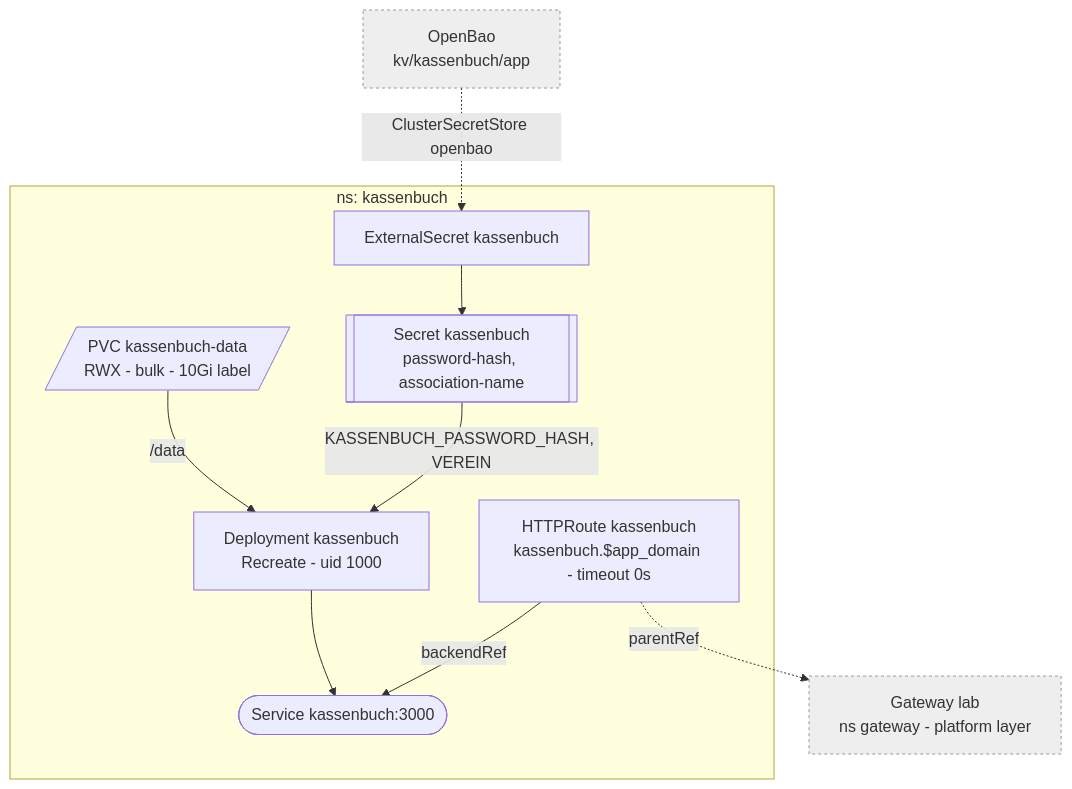
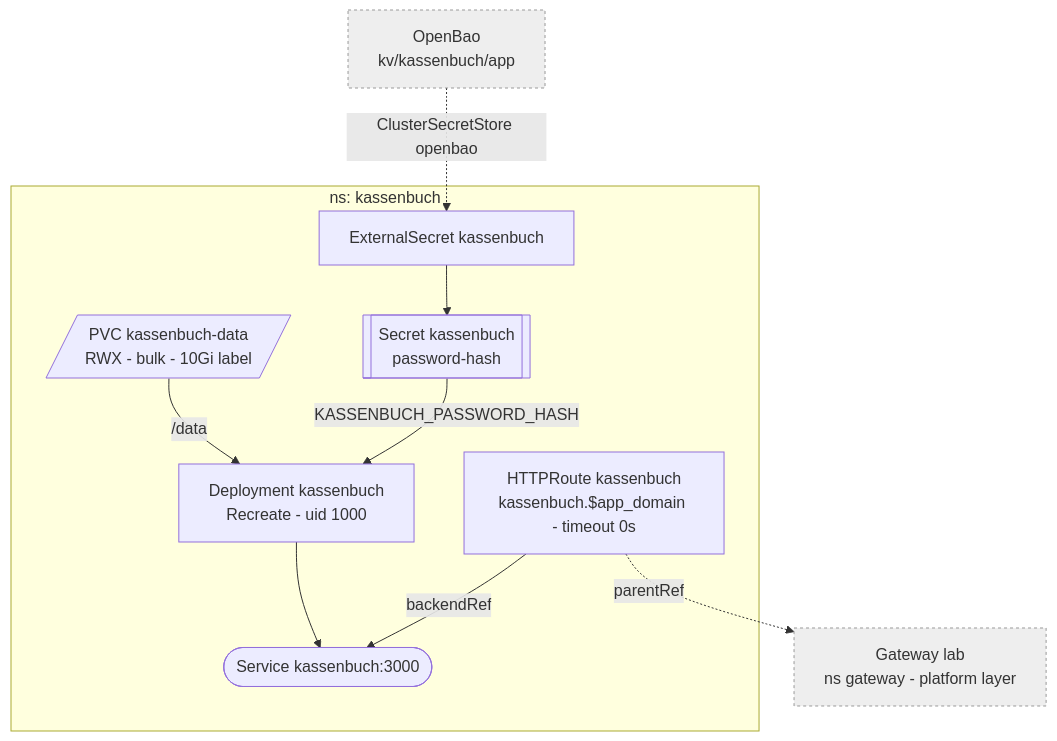
One commit to Sojamann/homelab-apps changed the diagram in docs/kassenbuch.md. Above: the diagram before and after it, drawn with Mermaid. The commit also changed other lines of this file and 2 other files, not shown here.

Commit message:
get rid of the no longer needed association name

````diff
--- a/docs/kassenbuch.md
+++ b/docs/kassenbuch.md
@@ -8,17 +8,17 @@
 ```mermaid
 graph TD
   subgraph kb["ns: kassenbuch"]
-    ES["ExternalSecret kassenbuch"] --> SEC[["Secret kassenbuch<br/>password-hash, association-name"]]
+    ES["ExternalSecret kassenbuch"] --> SEC[["Secret kassenbuch<br/>password-hash"]]
     SRV["Deployment kassenbuch<br/>Recreate - uid 1000"]
     SRV --> SVC(["Service kassenbuch:3000"])
     PVC[/"PVC kassenbuch-data<br/>RWX - bulk - 10Gi label"/] -->|/data| SRV
-    SEC -->|KASSENBUCH_PASSWORD_HASH, VEREIN| SRV
+    SEC -->|KASSENBUCH_PASSWORD_HASH| SRV
     RT["HTTPRoute kassenbuch<br/>kassenbuch.$app_domain - timeout 0s"] -->|backendRef| SVC
   end
 
   BAO["OpenBao<br/>kv/kassenbuch/app"] -.->|ClusterSecretStore openbao| ES
   RT -.->|parentRef| GW["Gateway lab<br/>ns gateway - platform layer"]
 
   classDef ext fill:#eee,stroke:#999,stroke-dasharray:3 3;
   class GW,BAO ext;
 ```
````
